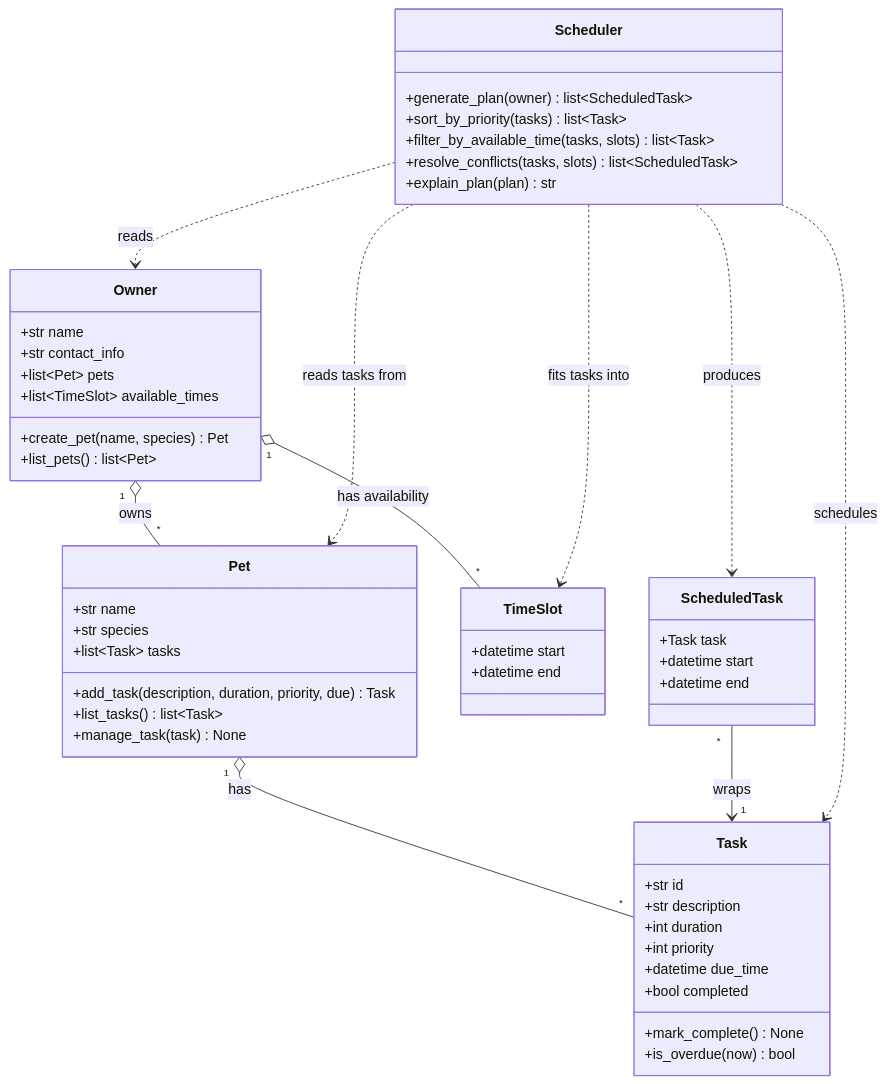
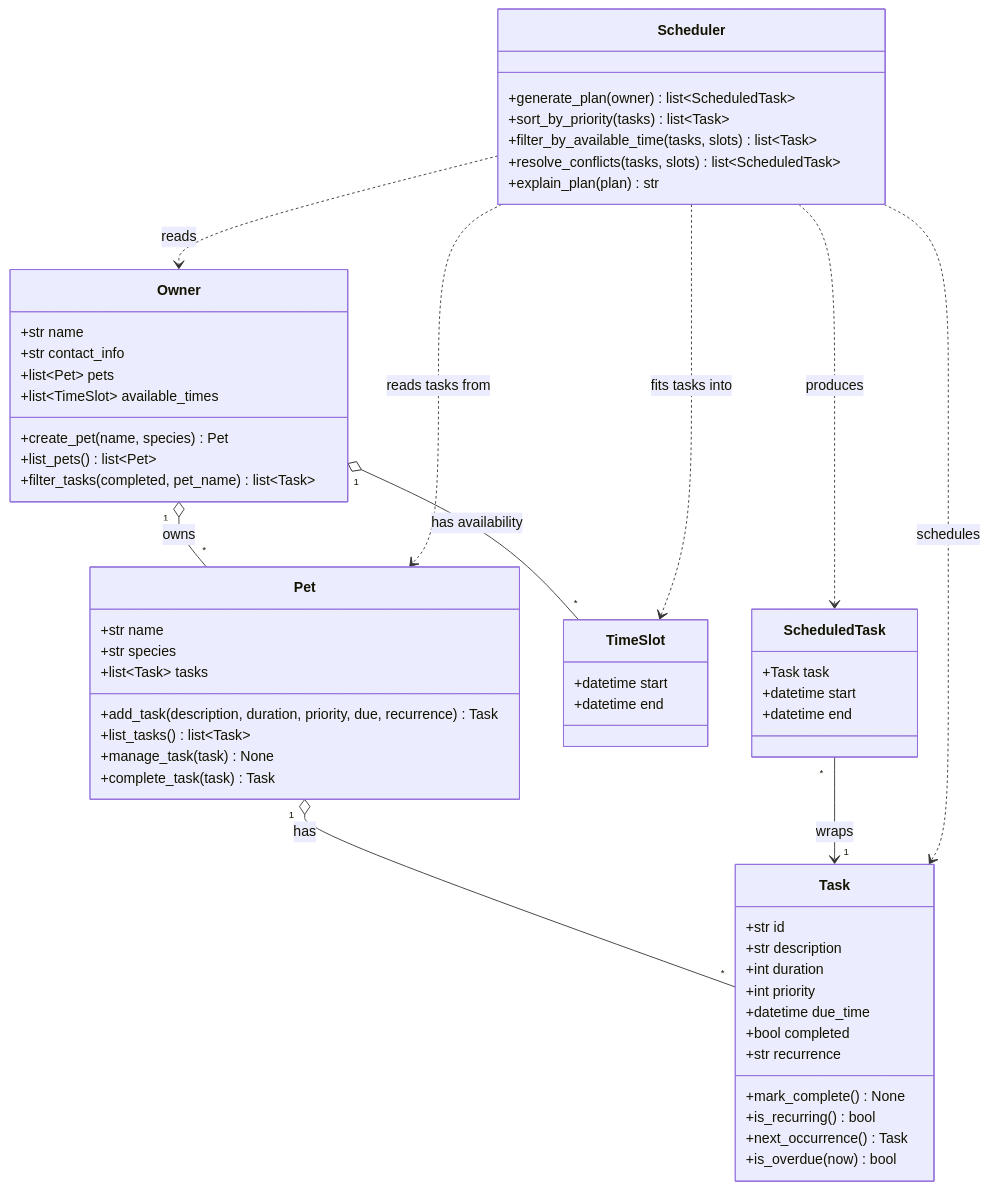
Before and after one commit to NeonGems65/ai110-module2show-pawpal-starter: the diagram in diagrams/uml.mmd, drawn with Mermaid. The commit also changed 7 other files, not shown here.

```diff
--- a/diagrams/uml.mmd
+++ b/diagrams/uml.mmd
@@ -1,61 +1,66 @@
 classDiagram
     %% PawPal+ class design
     %% Keep this file updated so it matches your final implementation.
 
     class Owner {
         +str name
         +str contact_info
         +list~Pet~ pets
         +list~TimeSlot~ available_times
         +create_pet(name, species) Pet
         +list_pets() list~Pet~
+        +filter_tasks(completed, pet_name) list~Task~
     }
 
     class Pet {
         +str name
         +str species
         +list~Task~ tasks
-        +add_task(description, duration, priority, due) Task
+        +add_task(description, duration, priority, due, recurrence) Task
         +list_tasks() list~Task~
         +manage_task(task) None
+        +complete_task(task) Task
     }
 
     class Task {
         +str id
         +str description
         +int duration
         +int priority
         +datetime due_time
         +bool completed
+        +str recurrence
         +mark_complete() None
+        +is_recurring() bool
+        +next_occurrence() Task
         +is_overdue(now) bool
     }
 
     class TimeSlot {
         +datetime start
         +datetime end
     }
 
     class ScheduledTask {
         +Task task
         +datetime start
         +datetime end
     }
 
     class Scheduler {
         +generate_plan(owner) list~ScheduledTask~
         +sort_by_priority(tasks) list~Task~
         +filter_by_available_time(tasks, slots) list~Task~
         +resolve_conflicts(tasks, slots) list~ScheduledTask~
         +explain_plan(plan) str
     }
 
     Owner "1" o-- "*" Pet : owns
     Pet "1" o-- "*" Task : has
     Owner "1" o-- "*" TimeSlot : has availability
     ScheduledTask "*" --> "1" Task : wraps
     Scheduler ..> Owner : reads
     Scheduler ..> Pet : reads tasks from
     Scheduler ..> Task : schedules
     Scheduler ..> TimeSlot : fits tasks into
     Scheduler ..> ScheduledTask : produces
```
